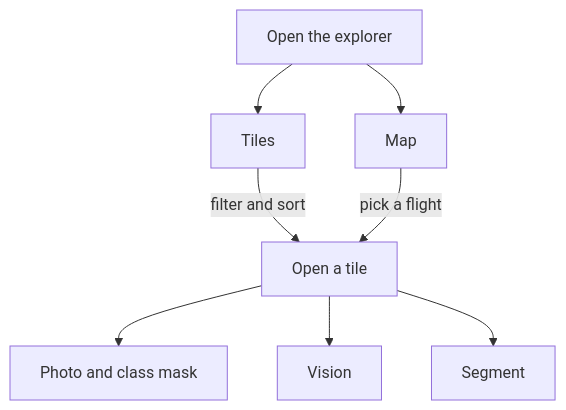
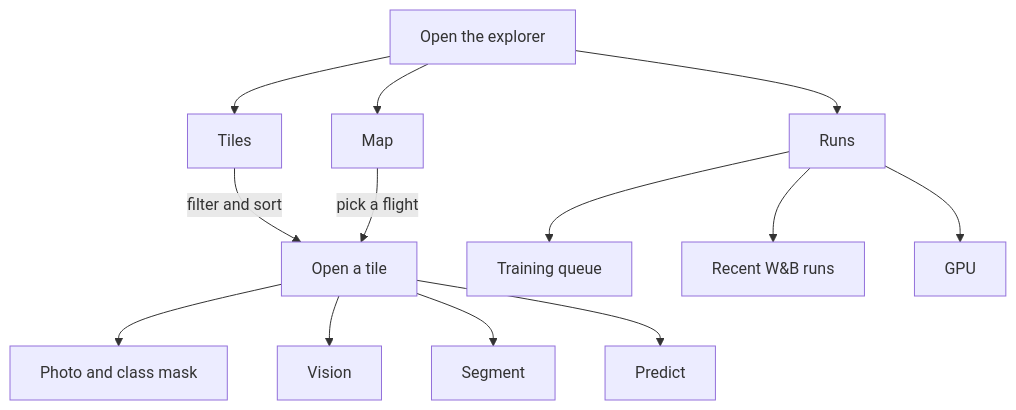
One commit to Lillyakasiken/ai4good-neophytes changed the diagram in explorer/README.md. Above: the diagram before and after it, drawn with Mermaid. The commit also changed other lines of this file and 19 other files, not shown here.

First line of the commit message:
Enhance explorere by adding prediction tab, training tab, job running and wandb integration to list recent runs

````diff
--- a/explorer/README.md
+++ b/explorer/README.md
@@ -11,10 +11,15 @@
 ```mermaid
 flowchart TD
   page["Open the explorer"] --> tiles["Tiles"]
   page --> map["Map"]
   tiles -->|"filter and sort"| tile["Open a tile"]
   map -->|"pick a flight"| tile
   tile --> photo["Photo and class mask"]
   tile --> vision["Vision"]
   tile --> segment["Segment"]
+  tile --> predict["Predict"]
+  page --> runs["Runs"]
+  runs --> queue["Training queue"]
+  runs --> wandb["Recent W&B runs"]
+  runs --> gpu["GPU"]
 ```
````
